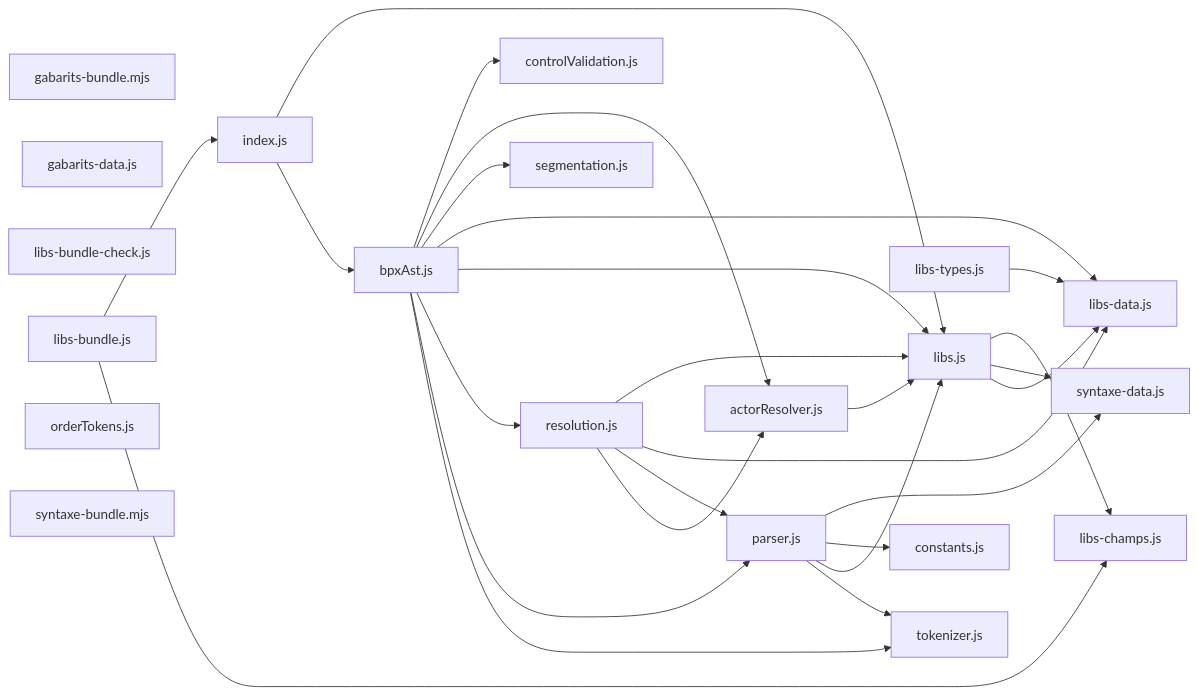
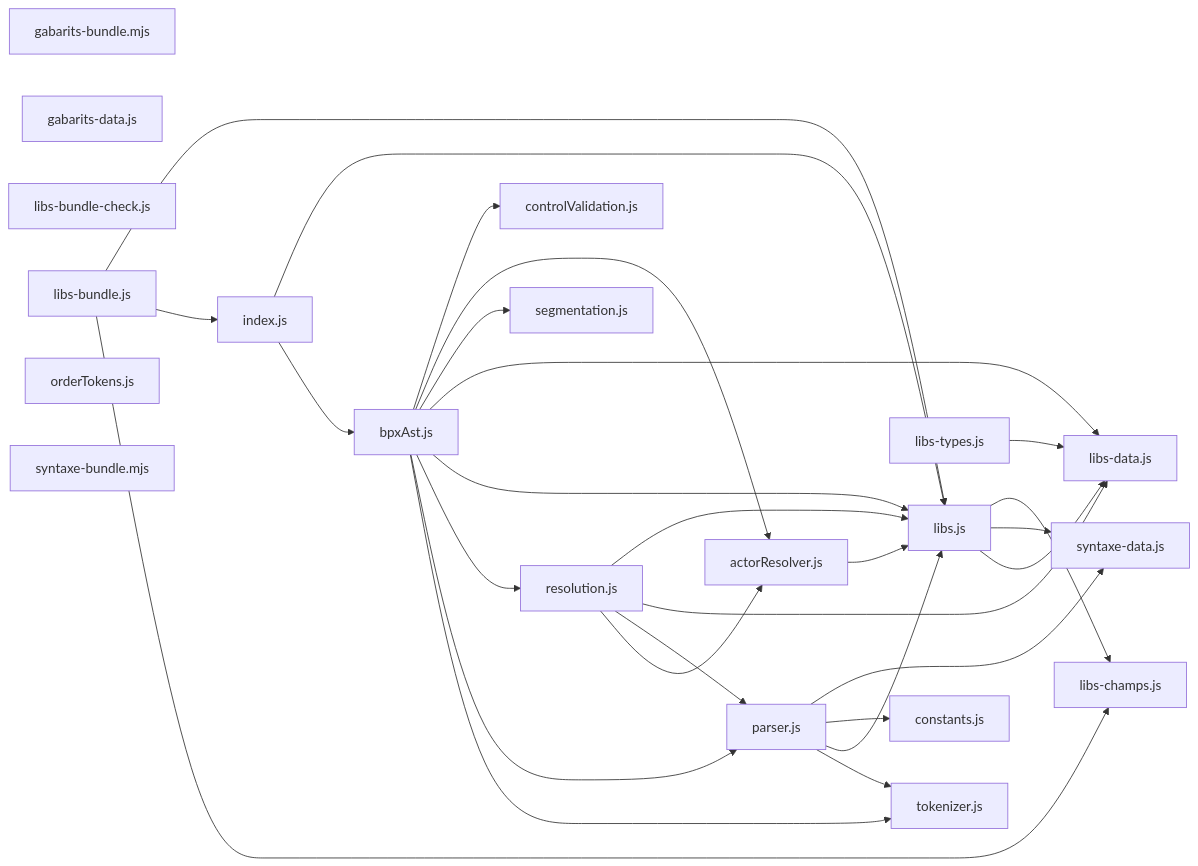
Before and after one commit to roomi-fields/BPscript: the diagram in docs/arch/carte-reel.md, drawn with Mermaid. The commit also changed other lines of this file and 37 other files, not shown here.

````diff
--- a/docs/arch/carte-reel.md
+++ b/docs/arch/carte-reel.md
@@ -39,48 +39,49 @@
 ```mermaid
 flowchart LR
   actorResolver_js["actorResolver.js"]
   bpxAst_js["bpxAst.js"]
   constants_js["constants.js"]
   controlValidation_js["controlValidation.js"]
   gabarits_bundle_mjs["gabarits-bundle.mjs"]
   gabarits_data_js["gabarits-data.js"]
   index_js["index.js"]
   libs_bundle_check_js["libs-bundle-check.js"]
   libs_bundle_js["libs-bundle.js"]
   libs_champs_js["libs-champs.js"]
   libs_data_js["libs-data.js"]
   libs_types_js["libs-types.js"]
   libs_js["libs.js"]
   orderTokens_js["orderTokens.js"]
   parser_js["parser.js"]
   resolution_js["resolution.js"]
   segmentation_js["segmentation.js"]
   syntaxe_bundle_mjs["syntaxe-bundle.mjs"]
   syntaxe_data_js["syntaxe-data.js"]
   tokenizer_js["tokenizer.js"]
   actorResolver_js --> libs_js
   bpxAst_js --> tokenizer_js
   bpxAst_js --> parser_js
   bpxAst_js --> resolution_js
   bpxAst_js --> libs_js
   bpxAst_js --> libs_data_js
   bpxAst_js --> segmentation_js
   bpxAst_js --> actorResolver_js
   bpxAst_js --> controlValidation_js
   index_js --> bpxAst_js
   index_js --> libs_js
   libs_bundle_js --> libs_champs_js
   libs_bundle_js --> index_js
+  libs_bundle_js --> libs_js
   libs_types_js --> libs_data_js
   libs_js --> libs_data_js
   libs_js --> syntaxe_data_js
   libs_js --> libs_champs_js
   parser_js --> tokenizer_js
   parser_js --> libs_js
   parser_js --> constants_js
   parser_js --> syntaxe_data_js
   resolution_js --> actorResolver_js
   resolution_js --> parser_js
   resolution_js --> libs_data_js
   resolution_js --> libs_js
 ```
````
